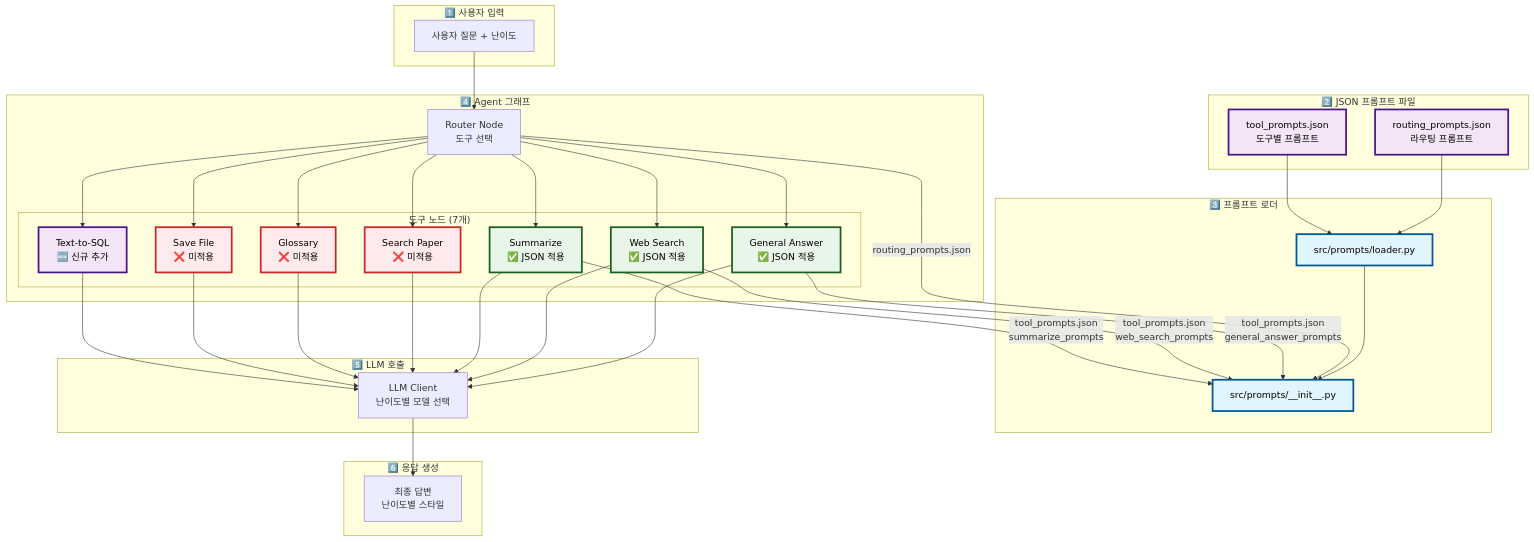
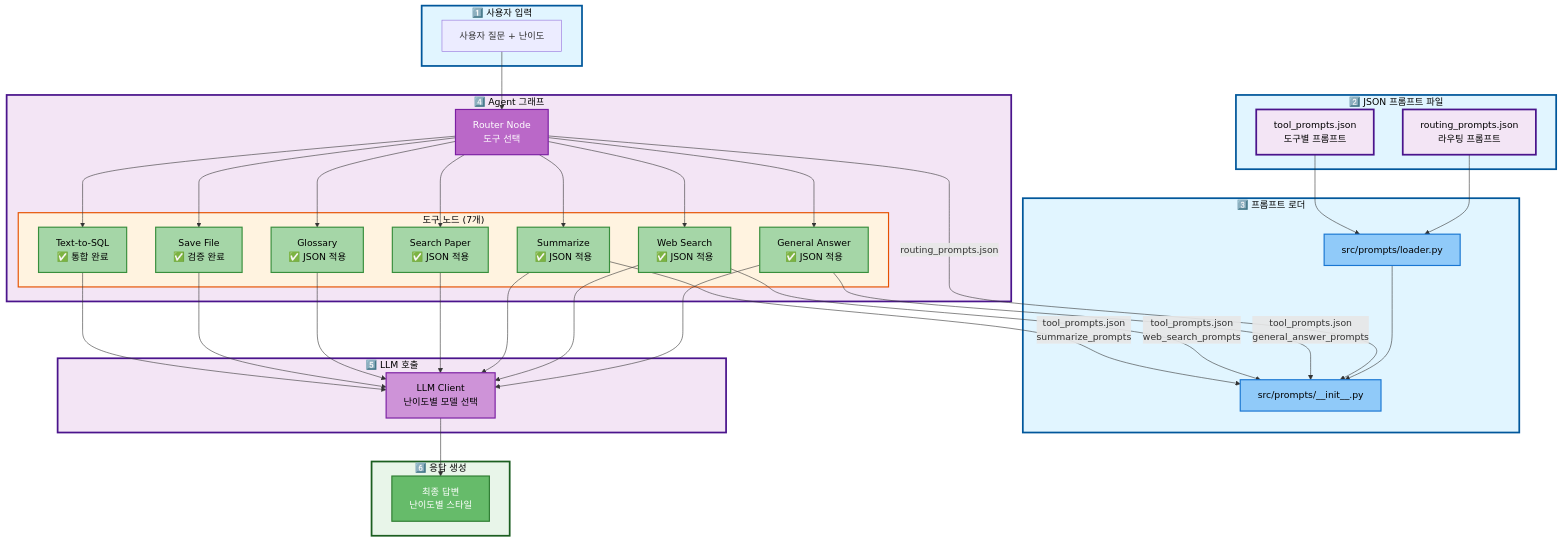
Before and after one commit to AIBootcamp14/langchainproject-new-langchainproject_5: the first of 3 diagrams in docs/issues/04-1_프롬프트_엔지니어링_통합_보고서.md, drawn with Mermaid. The commit also changed other lines of this file and 1 other file, not shown here.

Commit message:
docs: Mermaid 다이어그램 색상 팔레트 적용 및 통합 상태 업데이트
- 04-1: Mermaid subgraph에 색상 팔레트 완벽 적용
  - 전체 흐름도: 7개 subgraph에 단계별 색상 적용 (파랑/보라/녹색)
  - 난이도별 모델 선택: 4개 subgraph에 색상 적용
  - SearchPaper, Glossary 노드 상태를 '✅ JSON 적용'으로 업데이트
  - SaveFile 노드 상태를 '✅ 검증 완료'로 업데이트
  - Text2SQL 노드 상태를 '✅ 통합 완료'로 업데이트

- 05-1: Text-to-SQL Agent 통합 완료 상태로 문서 업데이트
  - '개선 필요 사항' 섹션 취소선 처리 및 완료 표시
  - '긍정적 평가'에 Agent 통합 완료 내역 추가
  - 전체 완성도 100% 달성 명시

````diff
--- a/docs/issues/04-1_프롬프트_엔지니어링_통합_보고서.md
+++ b/docs/issues/04-1_프롬프트_엔지니어링_통합_보고서.md
@@ -289,38 +289,38 @@
 ```mermaid
 graph TB
-    subgraph "1️⃣ 사용자 입력"
+    subgraph Input["1️⃣ 사용자 입력"]
         User[사용자 질문 + 난이도]
     end
 
-    subgraph "2️⃣ JSON 프롬프트 파일"
+    subgraph JSONFiles["2️⃣ JSON 프롬프트 파일"]
         RP[routing_prompts.json<br/>라우팅 프롬프트]
         TP[tool_prompts.json<br/>도구별 프롬프트]
     end
 
-    subgraph "3️⃣ 프롬프트 로더"
+    subgraph PromptLoader["3️⃣ 프롬프트 로더"]
         Loader[src/prompts/loader.py]
         Init[src/prompts/__init__.py]
     end
 
-    subgraph "4️⃣ Agent 그래프"
+    subgraph AgentGraph["4️⃣ Agent 그래프"]
         Router[Router Node<br/>도구 선택]
 
-        subgraph "도구 노드 (7개)"
+        subgraph ToolNodes["도구 노드 (7개)"]
             General[General Answer<br/>✅ JSON 적용]
             WebSearch[Web Search<br/>✅ JSON 적용]
             Summarize[Summarize<br/>✅ JSON 적용]
-            SearchPaper[Search Paper<br/>❌ 미적용]
-            Glossary[Glossary<br/>❌ 미적용]
-            SaveFile[Save File<br/>❌ 미적용]
-            Text2SQL[Text-to-SQL<br/>🆕 신규 추가]
+            SearchPaper[Search Paper<br/>✅ JSON 적용]
+            Glossary[Glossary<br/>✅ JSON 적용]
+            SaveFile[Save File<br/>✅ 검증 완료]
+            Text2SQL[Text-to-SQL<br/>✅ 통합 완료]
         end
     end
 
-    subgraph "5️⃣ LLM 호출"
+    subgraph LLMCall["5️⃣ LLM 호출"]
         LLM[LLM Client<br/>난이도별 모델 선택]
     end
 
-    subgraph "6️⃣ 응답 생성"
+    subgraph Output["6️⃣ 응답 생성"]
         Response[최종 답변<br/>난이도별 스타일]
     end
 
@@ -352,15 +352,27 @@
 
     LLM --> Response
 
+    %% Subgraph 스타일 (색상 팔레트)
+    style Input fill:#e1f5ff,stroke:#01579b,stroke-width:3px,color:#000
+    style JSONFiles fill:#e1f5ff,stroke:#01579b,stroke-width:3px,color:#000
+    style PromptLoader fill:#e1f5ff,stroke:#01579b,stroke-width:3px,color:#000
+    style AgentGraph fill:#f3e5f5,stroke:#4a148c,stroke-width:3px,color:#000
+    style ToolNodes fill:#fff3e0,stroke:#e65100,stroke-width:2px,color:#000
+    style LLMCall fill:#f3e5f5,stroke:#4a148c,stroke-width:3px,color:#000
+    style Output fill:#e8f5e9,stroke:#1b5e20,stroke-width:3px,color:#000
+
+    %% 노드 클래스 정의
     classDef jsonFile fill:#f3e5f5,stroke:#4a148c,stroke-width:3px,color:#000
-    classDef loader fill:#e1f5ff,stroke:#01579b,stroke-width:3px,color:#000
-    classDef applied fill:#e8f5e9,stroke:#1b5e20,stroke-width:3px,color:#000
-    classDef notApplied fill:#ffebee,stroke:#c62828,stroke-width:3px,color:#000
-    classDef newNode fill:#f3e5f5,stroke:#4a148c,stroke-width:3px,color:#000
+    classDef loader fill:#90caf9,stroke:#1976d2,stroke-width:2px,color:#000
+    classDef applied fill:#a5d6a7,stroke:#388e3c,stroke-width:2px,color:#000
+    classDef router fill:#ba68c8,stroke:#7b1fa2,stroke-width:2px,color:#fff
+    classDef llm fill:#ce93d8,stroke:#7b1fa2,stroke-width:2px,color:#000
+    classDef response fill:#66bb6a,stroke:#2e7d32,stroke-width:2px,color:#fff
 
     class RP,TP jsonFile
     class Loader,Init loader
-    class General,WebSearch,Summarize applied
-    class SearchPaper,Glossary,SaveFile notApplied
-    class Text2SQL newNode
+    class General,WebSearch,Summarize,SearchPaper,Glossary,SaveFile,Text2SQL applied
+    class Router router
+    class LLM llm
+    class Response response
 ```
````
